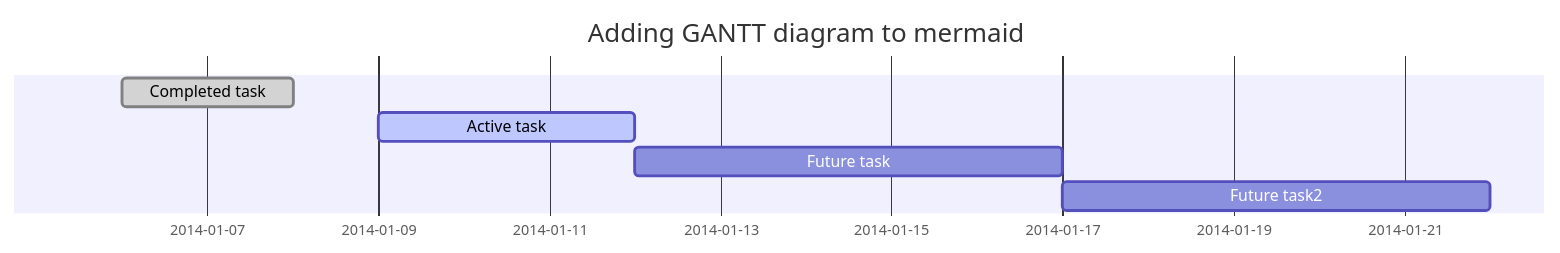
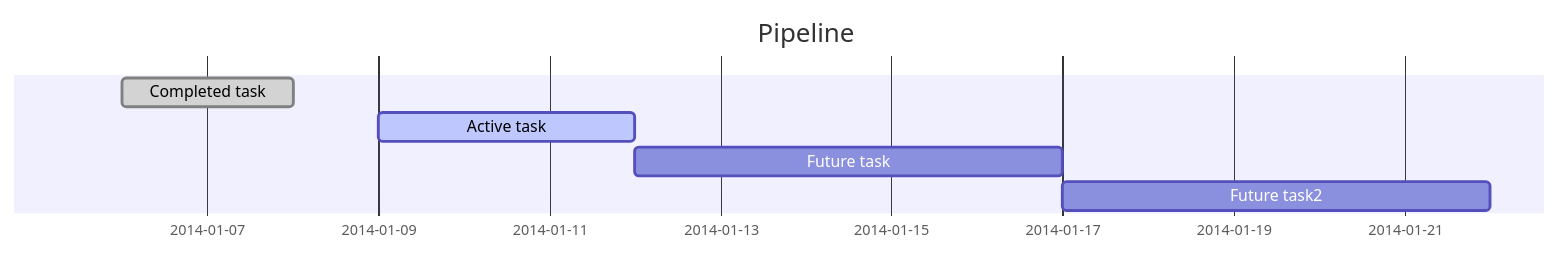
The second of 2 diagrams in README.md (pabloagn/pabloagn), drawn with Mermaid before and after one commit. The commit also changed other lines of this file, not shown here.

````diff
--- a/README.md
+++ b/README.md
@@ -132,10 +172,10 @@
 ```mermaid
 gantt
 dateFormat  YYYY-MM-DD
-title Adding GANTT diagram to mermaid
+title Pipeline
 excludes weekdays 2014-01-10section A section
 Completed task            :done,    des1, 2014-01-06,2014-01-08
 Active task               :active,  des2, 2014-01-09, 3d
 Future task               :         des3, after des2, 5d
 Future task2              :         des4, after des3, 5d
 ```
````
